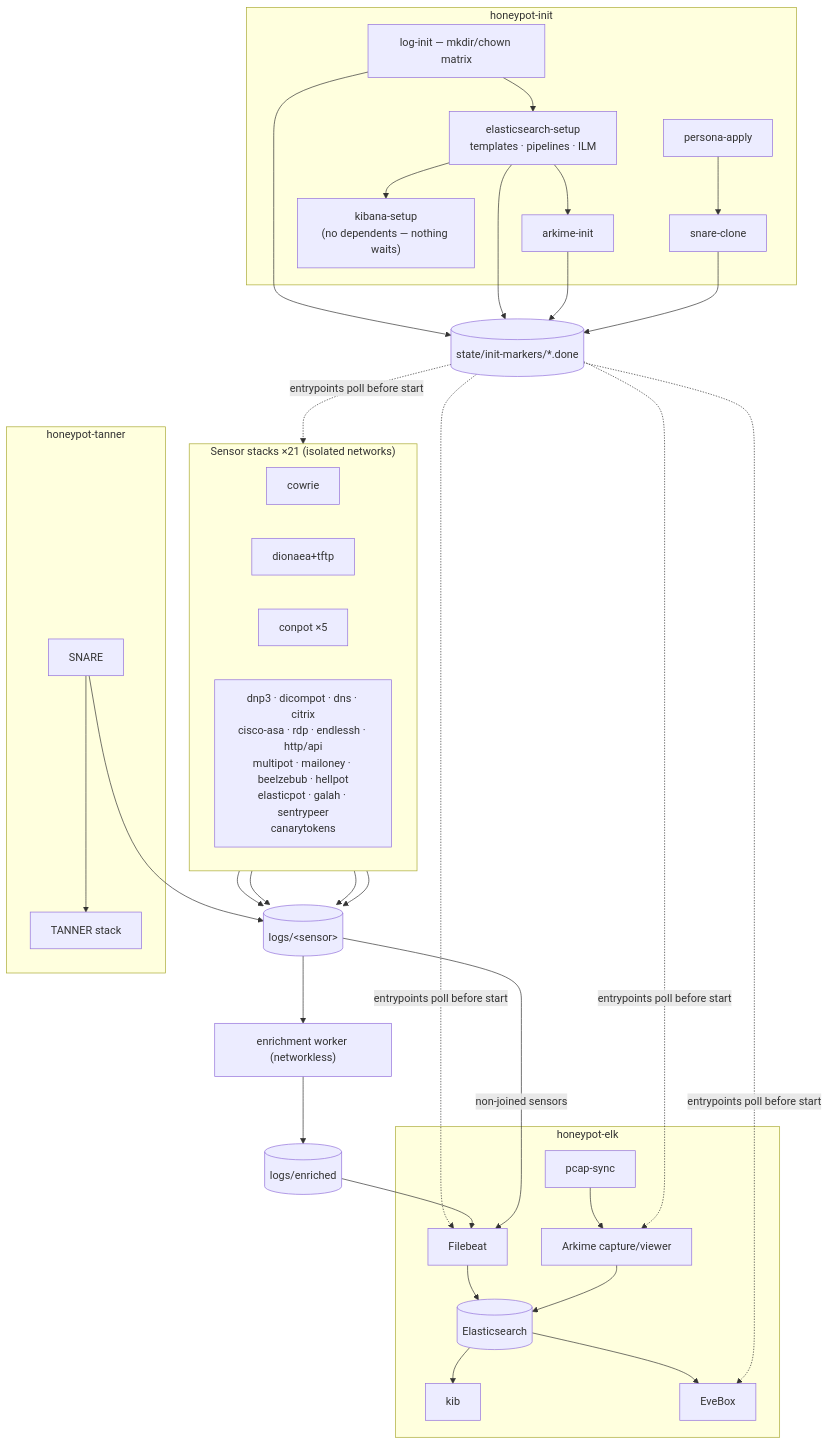
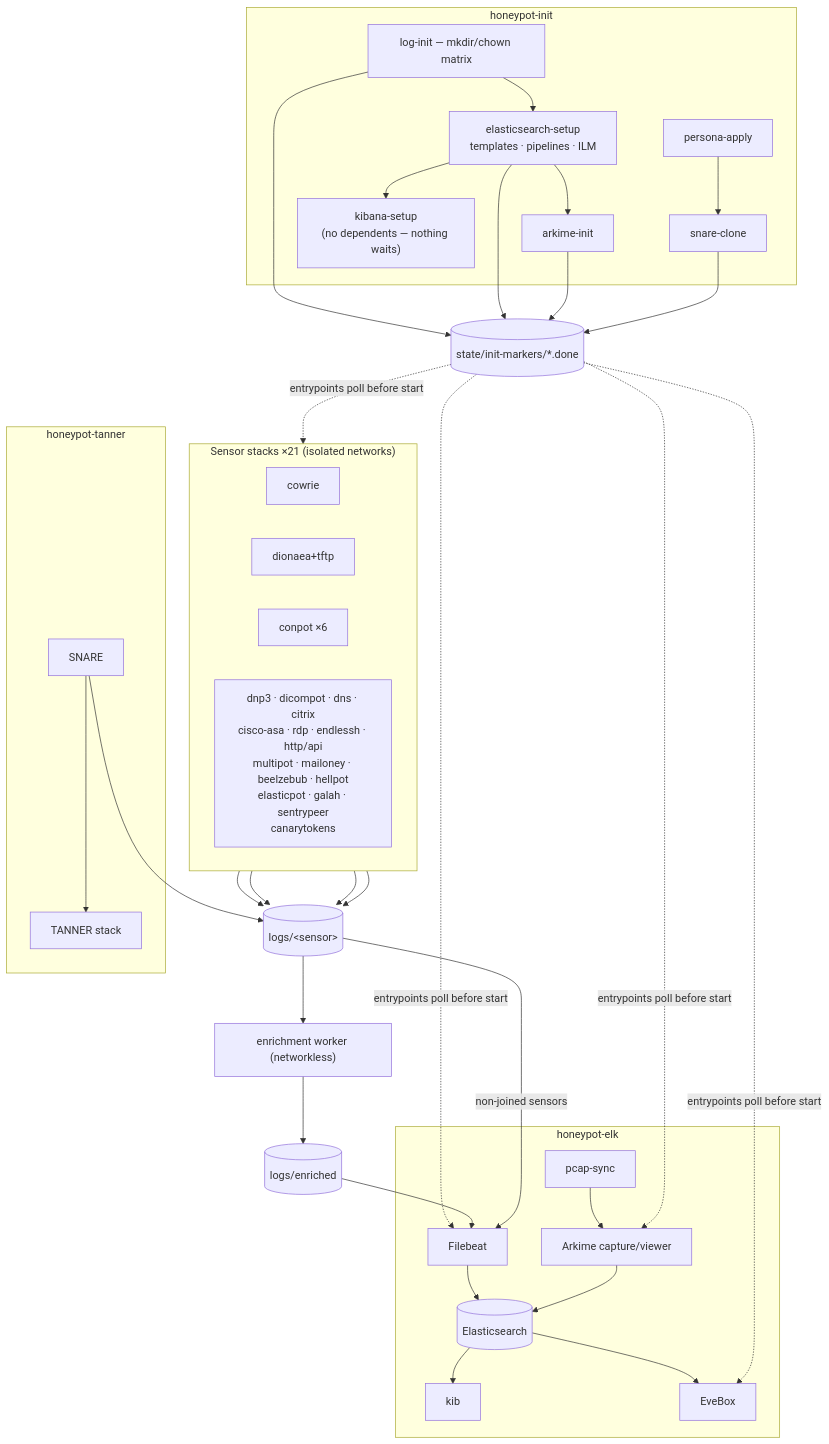
The third of 4 diagrams in docs/ARCHITECTURE.md (Xore/APIARY), drawn with Mermaid before and after one commit. The commit also changed 1 other file, not shown here.

Commit message:
docs: conpot count is six, not five (NETWORK.md, ARCHITECTURE.md)
#632 counted six conpot personas and compose.yml defines six services
(hp-conpot, -s7-1200, -s7-1500, -iec104, -guardian, -kamstrup); the
enrichment worker discovers all six via logs/conpot*/conpot.json.
Three doc sites lagged at x5: the NETWORK.md ingress sensor column and
mermaid node, and ARCHITECTURE.md's flow node. Mechanical x5 -> x6,
no other prose changes; PIPELINES.md's own x5 is #2566's scope.

````diff
--- a/docs/ARCHITECTURE.md
+++ b/docs/ARCHITECTURE.md
@@ -170,35 +170,35 @@
 ```mermaid
 flowchart TB
   subgraph hi["honeypot-init"]
     loginit["log-init — mkdir/chown matrix"] --> esinit["elasticsearch-setup<br/>templates · pipelines · ILM"]
     esinit --> arkinit["arkime-init"] & kibanainit["kibana-setup<br/>(no dependents — nothing waits)"]
     persona["persona-apply"] --> snareclone["snare-clone"]
   end
   markers[("state/init-markers/*.done")]
   loginit & esinit & arkinit & snareclone --> markers
 
   subgraph sg["Sensor stacks ×21 (isolated networks)"]
     direction LR
-    cow["cowrie"] & dion["dionaea+tftp"] & conp["conpot ×5"] & rest["dnp3 · dicompot · dns · citrix<br/>cisco-asa · rdp · endlessh · http/api<br/>multipot · mailoney · beelzebub · hellpot<br/>elasticpot · galah · sentrypeer<br/>canarytokens"]
+    cow["cowrie"] & dion["dionaea+tftp"] & conp["conpot ×6"] & rest["dnp3 · dicompot · dns · citrix<br/>cisco-asa · rdp · endlessh · http/api<br/>multipot · mailoney · beelzebub · hellpot<br/>elasticpot · galah · sentrypeer<br/>canarytokens"]
   end
 
   logsT[("logs/&lt;sensor&gt;")]
   enrichW["enrichment worker (networkless)"] --> enrichedT[("logs/enriched")]
   logsT --> enrichW
 
   subgraph elkS["honeypot-elk"]
     fbeat["Filebeat"] --> esc[("Elasticsearch")]
     esc --> kib & eve["EveBox"]
     pcapSync["pcap-sync"] --> arkC["Arkime capture/viewer"] --> esc
   end
 
   subgraph tn["honeypot-tanner"]
     snareN["SNARE"] --> tanN["TANNER stack"]
   end
 
   markers -.->|"entrypoints poll before start"| sg & fbeat & eve & arkC
   cow & dion & conp & rest --> logsT
   enrichedT --> fbeat
   logsT -->|"non-joined sensors"| fbeat
   snareN --> logsT
 ```
````
